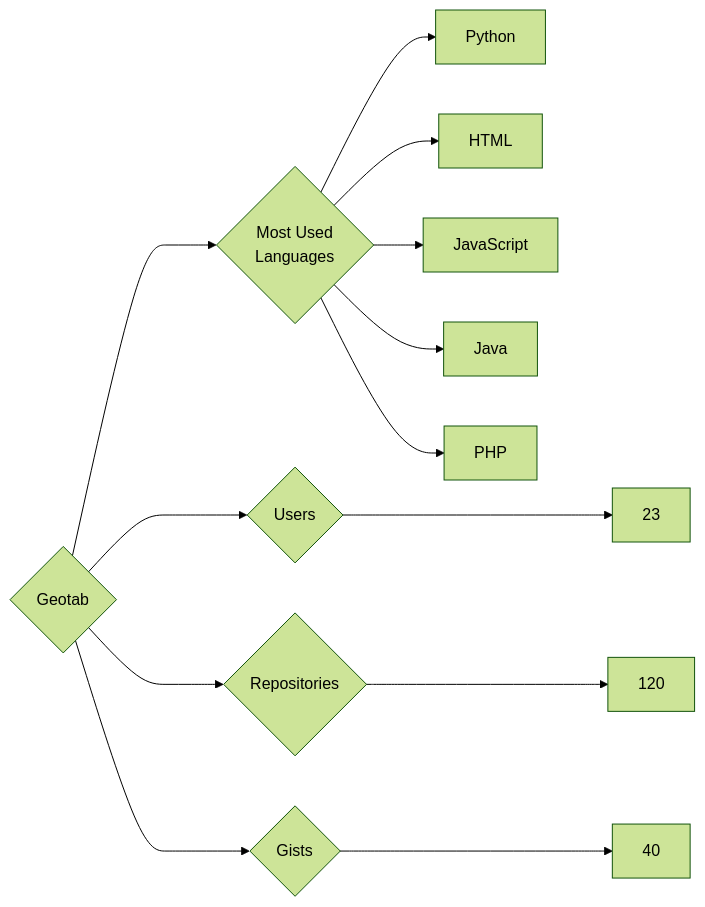
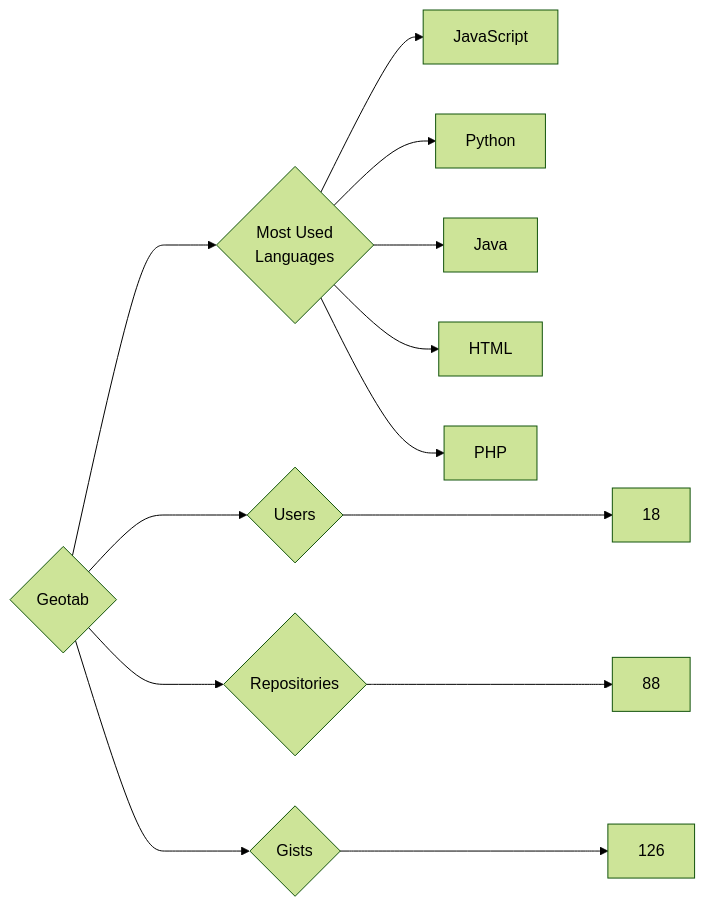
Before and after one commit to trickest/insiders: the diagram in targets/Geotab/README.md, drawn with Mermaid (forest theme). The commit also changed 932 other files, not shown here.

````diff
--- a/targets/Geotab/README.md
+++ b/targets/Geotab/README.md
@@ -3,13 +3,13 @@
 ```mermaid
 graph LR
 COMPANY_NAME{Geotab}
-COMPANY_NAME ---> U{Users} ---> UN[23]
-COMPANY_NAME ---> R{Repositories} ---> RN[120]
-COMPANY_NAME ---> G{Gists} ---> GN[40]
+COMPANY_NAME ---> U{Users} ---> UN[18]
+COMPANY_NAME ---> R{Repositories} ---> RN[88]
+COMPANY_NAME ---> G{Gists} ---> GN[126]
 COMPANY_NAME ---> ML{Most Used<br>Languages}
+ML --> JavaScript[JavaScript]
 ML --> Python[Python]
+ML --> Java[Java]
 ML --> HTML[HTML]
-ML --> JavaScript[JavaScript]
-ML --> Java[Java]
 ML --> PHP[PHP]
 ```
````
